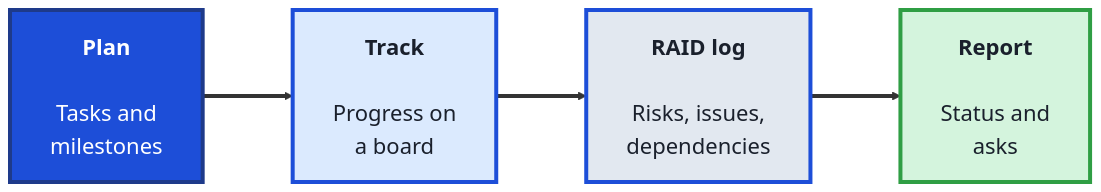
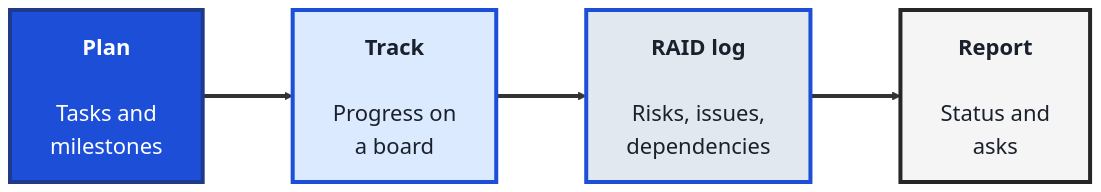
One commit to SHEMODELTECH/shemodeltech changed the second of 3 diagrams in src/Pages/courses/TechLeads/module-6-communication-and-delivery.md. Above: the diagram before and after it, drawn with Mermaid. The commit also changed other lines of this file and 46 other files, not shown here.

````diff
--- a/src/Pages/courses/TechLeads/module-6-communication-and-delivery.md
+++ b/src/Pages/courses/TechLeads/module-6-communication-and-delivery.md
@@ -81,16 +81,16 @@
 ```mermaid
 %%{init: {'theme':'base', 'themeVariables': {'fontSize':'22px', 'primaryTextColor':'#1a202c', 'primaryBorderColor':'#1d4ed8', 'lineColor':'#333333'}, 'flowchart': {'nodeSpacing': 70, 'rankSpacing': 90, 'padding': 20}}}%%
 flowchart LR
     PLAN["<b>Plan</b><br/><br/>Tasks and<br/>milestones"]
     TRACK["<b>Track</b><br/><br/>Progress on<br/>a board"]
     RAID["<b>RAID log</b><br/><br/>Risks, issues,<br/>dependencies"]
     REPORT["<b>Report</b><br/><br/>Status and<br/>asks"]
 
     PLAN ==> TRACK ==> RAID ==> REPORT
 
     style PLAN fill:#1d4ed8,color:#fff,stroke:#1e3a8a,stroke-width:4px
     style TRACK fill:#dbeafe,color:#1a202c,stroke:#1d4ed8,stroke-width:4px
     style RAID fill:#e2e8f0,color:#1a202c,stroke:#1d4ed8,stroke-width:4px
-    style REPORT fill:#d4f4dd,color:#1a202c,stroke:#2f9e44,stroke-width:4px
+    style REPORT fill:#F5F5F5,color:#1a202c,stroke:#262626,stroke-width:4px
     linkStyle default stroke-width:4px,stroke:#333333
 ```
````
